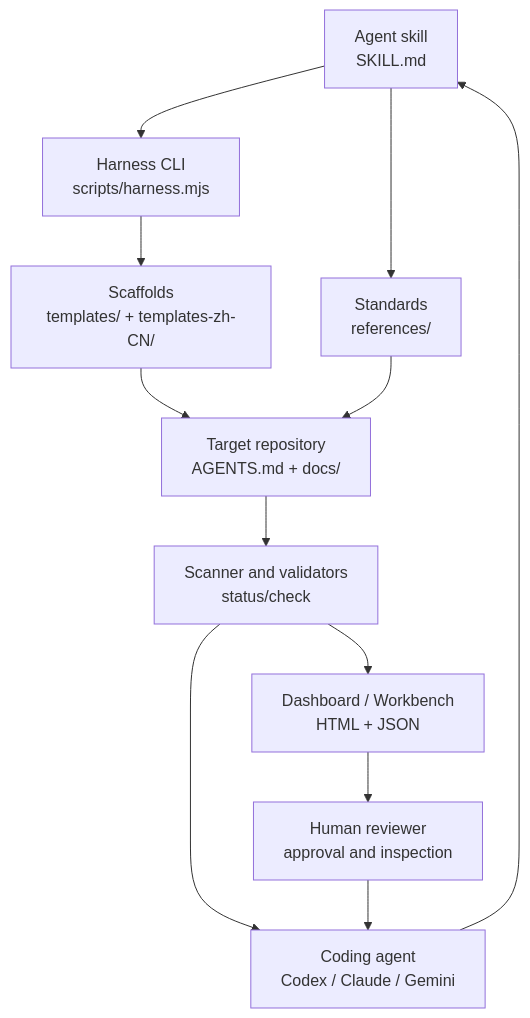
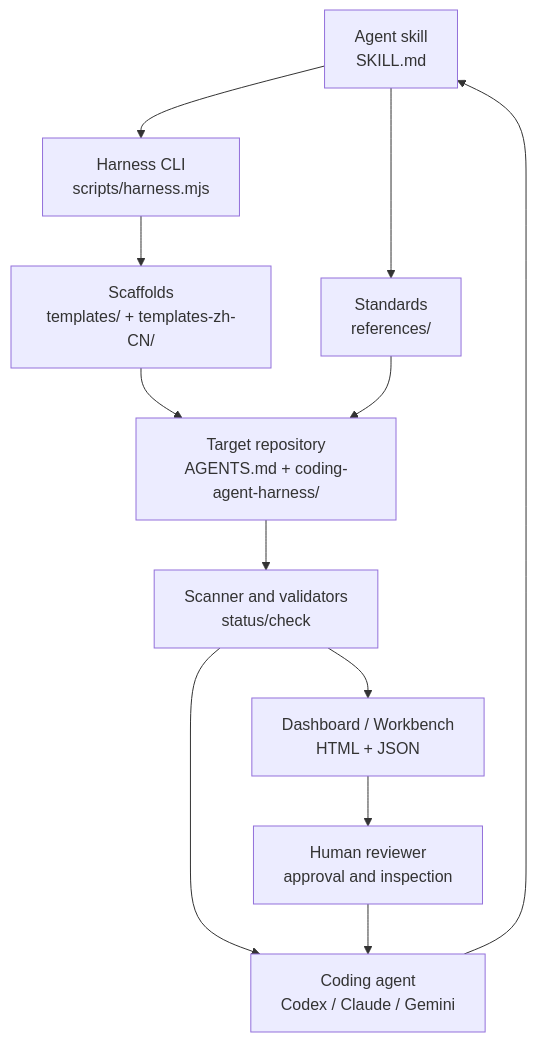
Before and after one commit to FairladyZ625/coding-agent-harness: the second of 11 diagrams in docs-release/architecture/overview.md, drawn with Mermaid. The commit also changed other lines of this file and 120 other files, not shown here.

````diff
--- a/docs-release/architecture/overview.md
+++ b/docs-release/architecture/overview.md
@@ -35,24 +35,24 @@
 ```mermaid
 flowchart TB
   Skill["Agent skill<br/>SKILL.md"]
   CLI["Harness CLI<br/>scripts/harness.mjs"]
   Standards["Standards<br/>references/"]
   Templates["Scaffolds<br/>templates/ + templates-zh-CN/"]
-  Target["Target repository<br/>AGENTS.md + docs/"]
+  Target["Target repository<br/>AGENTS.md + coding-agent-harness/"]
   Scanner["Scanner and validators<br/>status/check"]
   Dashboard["Dashboard / Workbench<br/>HTML + JSON"]
   Human["Human reviewer<br/>approval and inspection"]
   Agent["Coding agent<br/>Codex / Claude / Gemini"]
 
   Agent --> Skill
   Skill --> Standards
   Skill --> CLI
   CLI --> Templates
   Templates --> Target
   Standards --> Target
   Target --> Scanner
   Scanner --> Dashboard
   Dashboard --> Human
   Scanner --> Agent
   Human --> Agent
 ```
````
